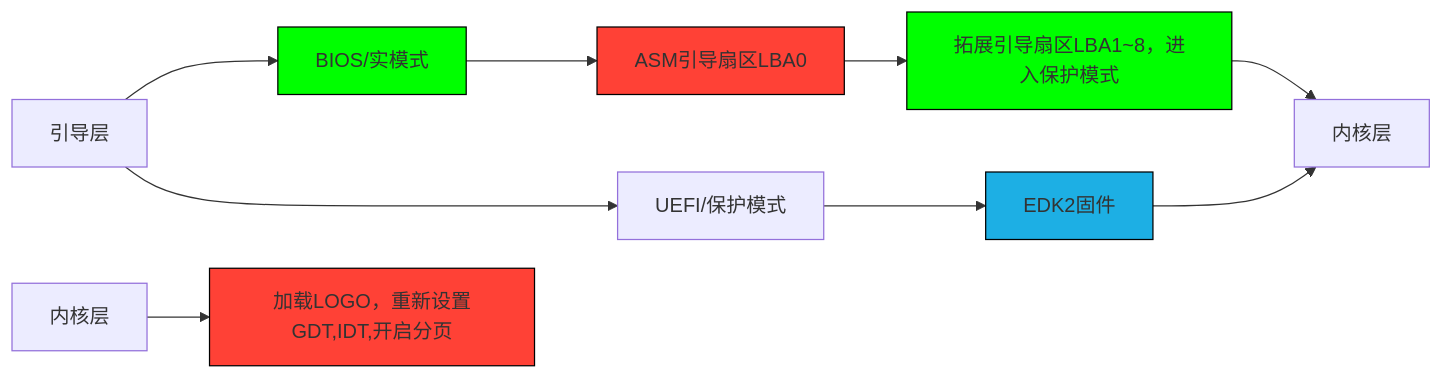
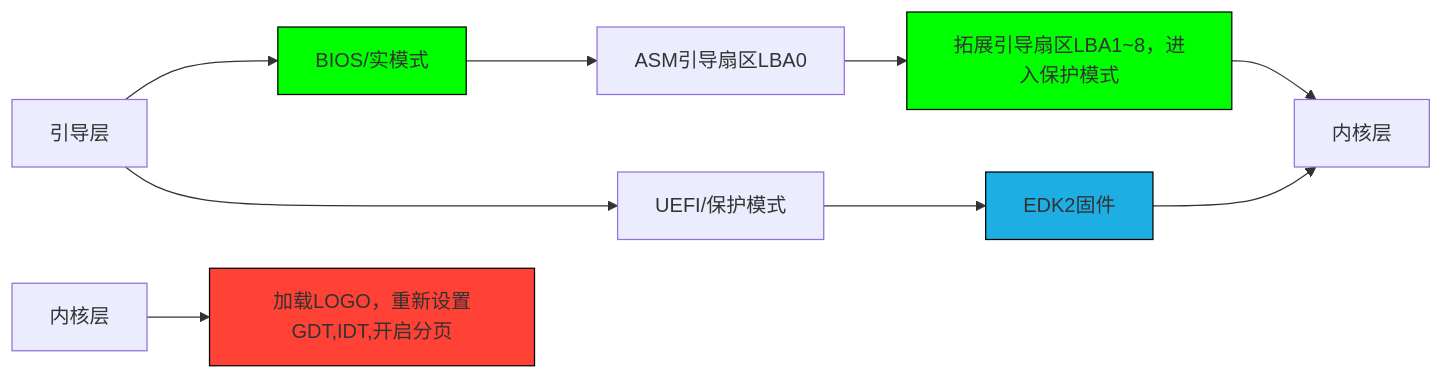
Before and after one commit to XiYuyan-13yearsoldboy/13yearsold-RCOS1.0: the diagram in README.md, drawn with Mermaid.

````diff
--- a/README.md
+++ b/README.md
@@ -11,16 +11,16 @@
 ```mermaid
 graph LR 
 A[引导层] --> B[BIOS/实模式]
 A --> C[UEFI/保护模式]
 B --> D[ASM引导扇区LBA0]
 D --> G[拓展引导扇区LBA1~8，进入保护模式]
 C --> E[EDK2固件]
 E --> F[内核层]
 G --> F
 H[内核层] --> I[加载LOGO，重新设置GDT,IDT,开启分页] 
-style D fill:#FF4136,stroke:#000;
+style G fill:#FF4136,stroke:#000;
 style I fill:#FF4136,stroke:#000;
 style E fill:#1DAFE4,stroke:#000;
 style G fill:#0F0,stroke:#000;
 style B fill:#0F0,stroke:#000;
 ```
````
